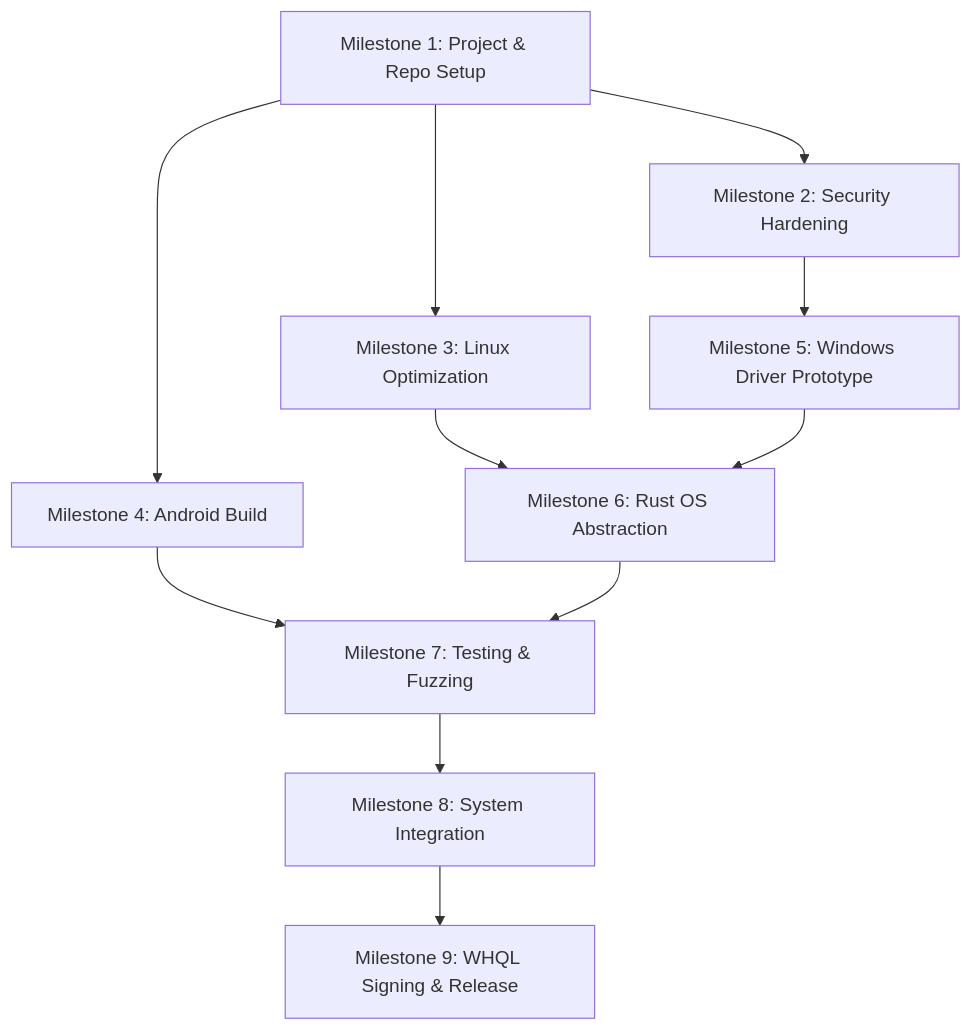
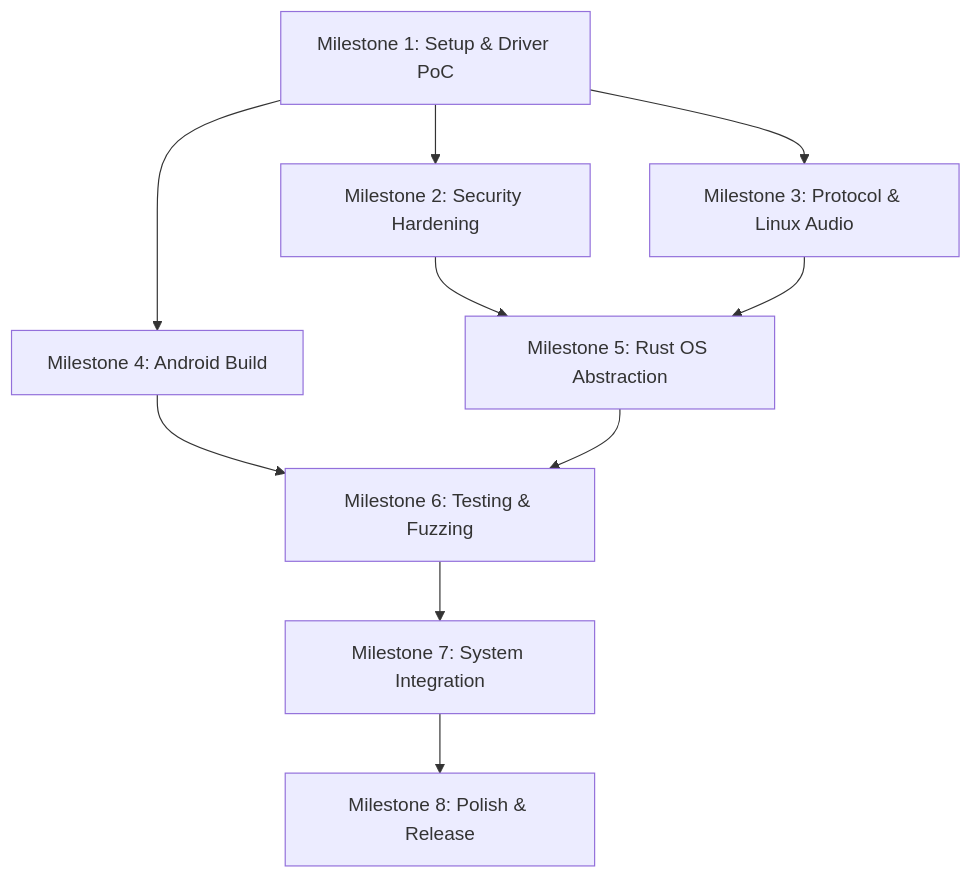
The diagram in project_plan.md (HyuseCS/Border-Tech), drawn with Mermaid before and after one commit. The commit also changed other lines of this file and 6 other files, not shown here.

First line of the commit message:
feat(pc): implement Phase 1.1 security hardening (TOFU, TLS, SRP)

````diff
--- a/project_plan.md
+++ b/project_plan.md
@@ -341,13 +345,12 @@
 ```mermaid
 graph TD
-    A[Milestone 1: Project & Repo Setup] --> B[Milestone 2: Security Hardening]
-    A --> C[Milestone 3: Linux Optimization]
+    A[Milestone 1: Setup & Driver PoC] --> B[Milestone 2: Security Hardening]
+    A --> C[Milestone 3: Protocol & Linux Audio]
     A --> D[Milestone 4: Android Build]
-    B --> E[Milestone 5: Windows Driver Prototype]
-    C --> F[Milestone 6: Rust OS Abstraction]
+    B --> E[Milestone 5: Rust OS Abstraction]
+    C --> E
+    D --> F[Milestone 6: Testing & Fuzzing]
     E --> F
-    D --> G[Milestone 7: Testing & Fuzzing]
-    F --> G
-    G --> H[Milestone 8: System Integration]
-    H --> I[Milestone 9: WHQL Signing & Release]
+    F --> G[Milestone 7: System Integration]
+    G --> H[Milestone 8: Polish & Release]
 ```
````
